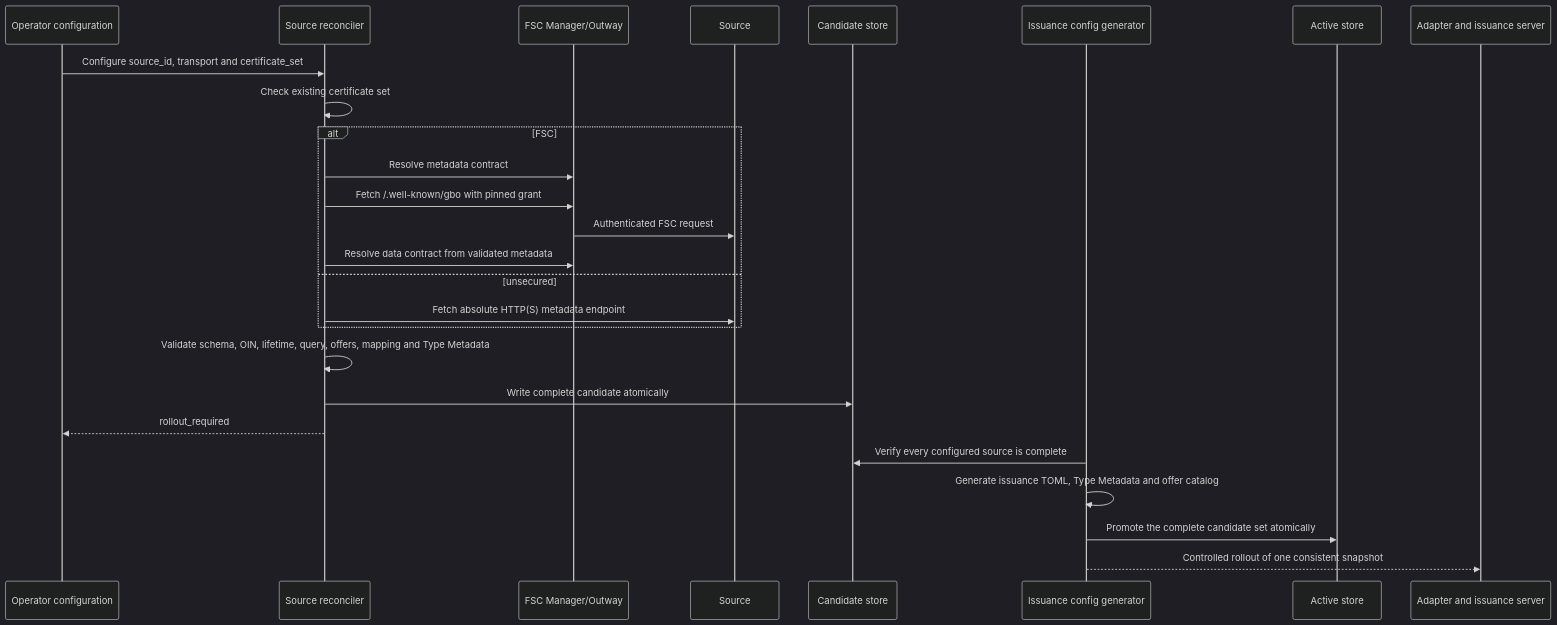
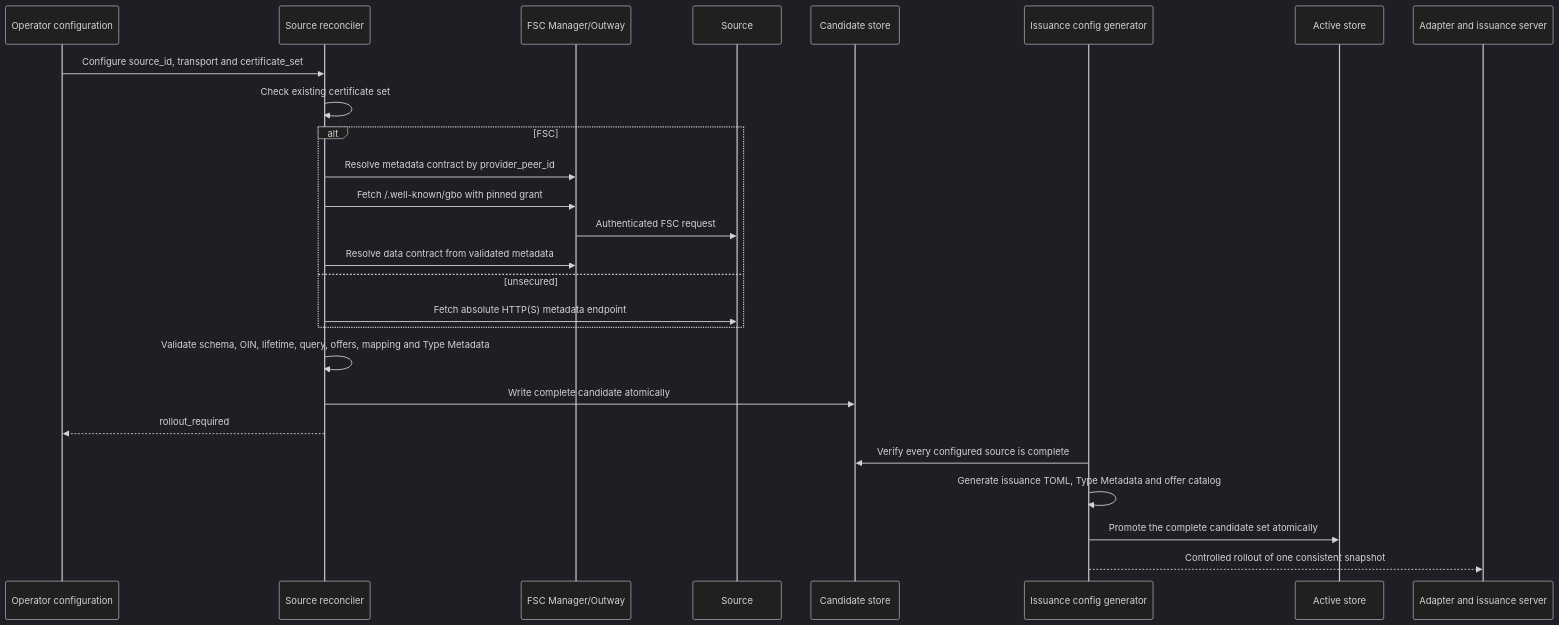
The diagram in docs/source-onboarding.md (ICTU/GBO-demo), drawn with Mermaid (dark theme) before and after one commit. The commit also changed other lines of this file and 42 other files, not shown here.

````diff
--- a/docs/source-onboarding.md
+++ b/docs/source-onboarding.md
@@ -72,29 +75,29 @@
 ```mermaid
 sequenceDiagram
     participant O as Operator configuration
     participant R as Source reconciler
     participant F as FSC Manager/Outway
     participant B as Source
     participant C as Candidate store
     participant G as Issuance config generator
     participant A as Active store
     participant I as Adapter and issuance server
 
     O->>R: Configure source_id, transport and certificate_set
     R->>R: Check existing certificate set
     alt FSC
-        R->>F: Resolve metadata contract
+        R->>F: Resolve metadata contract by provider_peer_id
         R->>F: Fetch /.well-known/gbo with pinned grant
         F->>B: Authenticated FSC request
         R->>F: Resolve data contract from validated metadata
     else unsecured
         R->>B: Fetch absolute HTTP(S) metadata endpoint
     end
     R->>R: Validate schema, OIN, lifetime, query, offers, mapping and Type Metadata
     R->>C: Write complete candidate atomically
     R-->>O: rollout_required
     G->>C: Verify every configured source is complete
     G->>G: Generate issuance TOML, Type Metadata and offer catalog
     G->>A: Promote the complete candidate set atomically
     G-->>I: Controlled rollout of one consistent snapshot
 ```
````
